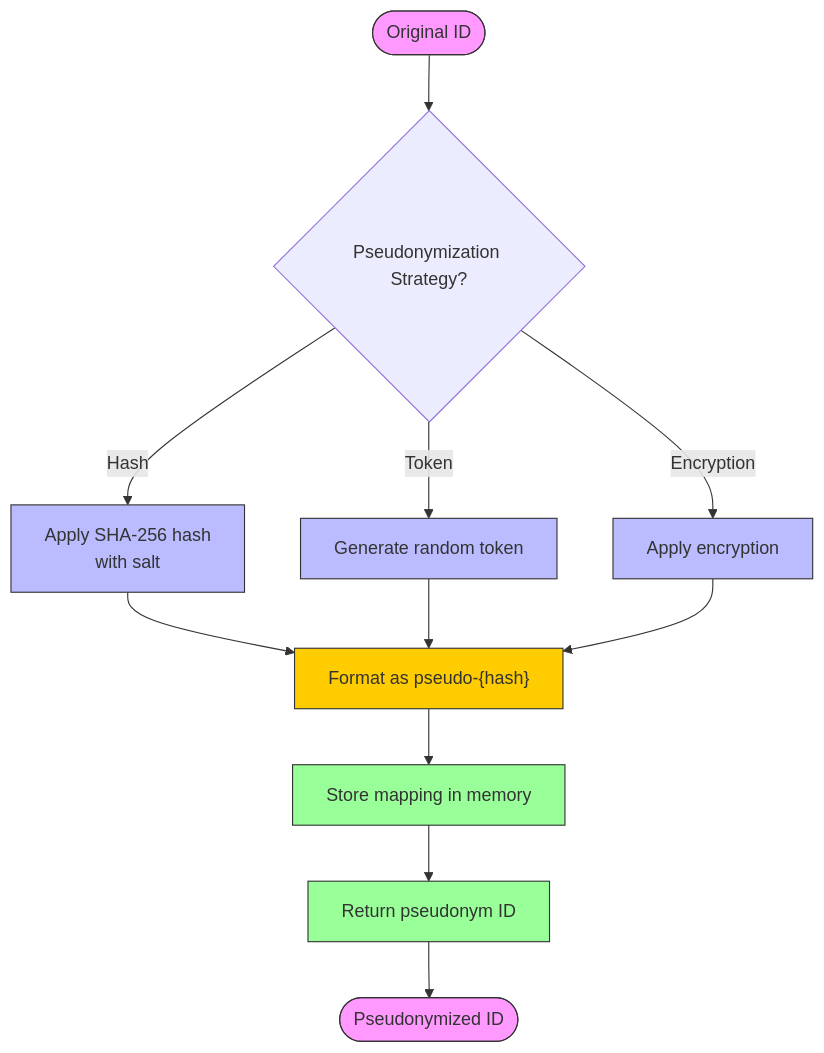
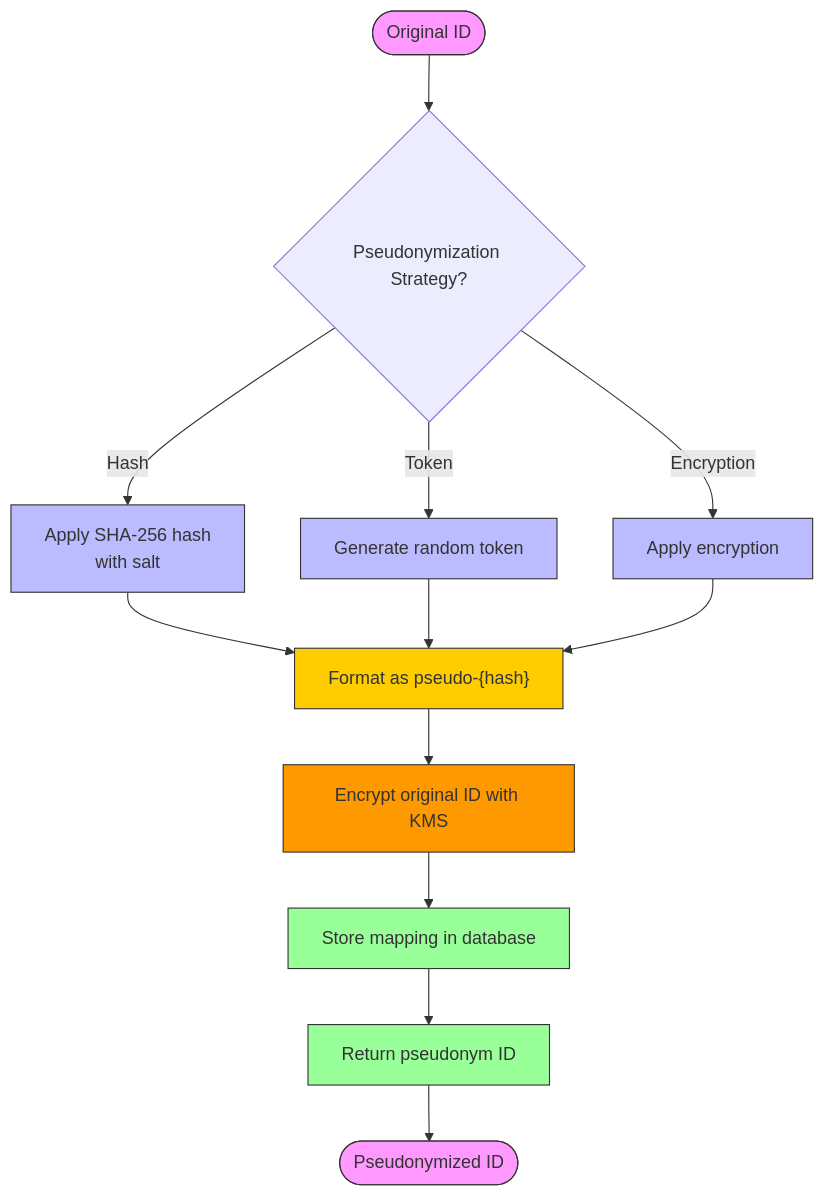
Before and after one commit to smedrec/smart-logs: the third of 4 diagrams in .qoder/repowiki/en/content/Audit Core System/Compliance Engine/GDPR Compliance Implementation.md, drawn with Mermaid. The commit also changed other lines of this file and 13 other files, not shown here.

First line of the commit message:
docs(audit-core): add GDPR compliance and plugin architecture documentation

````diff
--- a/.qoder/repowiki/en/content/Audit Core System/Compliance Engine/GDPR Compliance Implementation.md
+++ b/.qoder/repowiki/en/content/Audit Core System/Compliance Engine/GDPR Compliance Implementation.md
@@ -347,21 +408,23 @@
 ```mermaid
 flowchart TD
 Start([Original ID]) --> Strategy{"Pseudonymization Strategy?"}
 Strategy --> |Hash| Hash[Apply SHA-256 hash<br/>with salt]
 Strategy --> |Token| Token[Generate random token]
 Strategy --> |Encryption| Encrypt[Apply encryption]
 Hash --> Format["Format as pseudo-{hash}"]
 Token --> Format
 Encrypt --> Format
-Format --> Store["Store mapping in memory"]
+Format --> EncryptKMS["Encrypt original ID with KMS"]
+EncryptKMS --> Store["Store mapping in database"]
 Store --> Return["Return pseudonym ID"]
 Return --> End([Pseudonymized ID])
 style Start fill:#f9f,stroke:#333
 style End fill:#f9f,stroke:#333
 style Hash fill:#bbf,stroke:#333
 style Token fill:#bbf,stroke:#333
 style Encrypt fill:#bbf,stroke:#333
 style Format fill:#ffcc00,stroke:#333
+style EncryptKMS fill:#ff9900,stroke:#333
 style Store fill:#9f9,stroke:#333
 style Return fill:#9f9,stroke:#333
 ```
````
